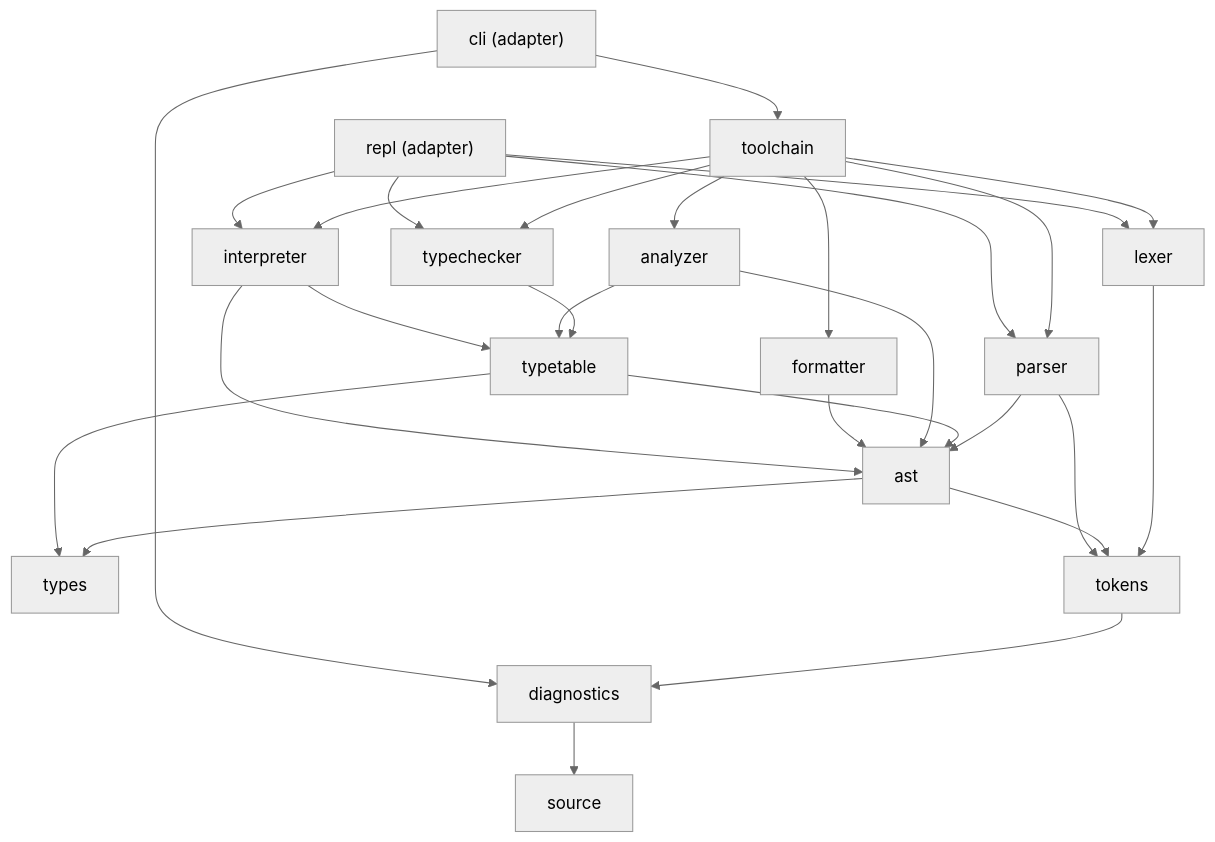
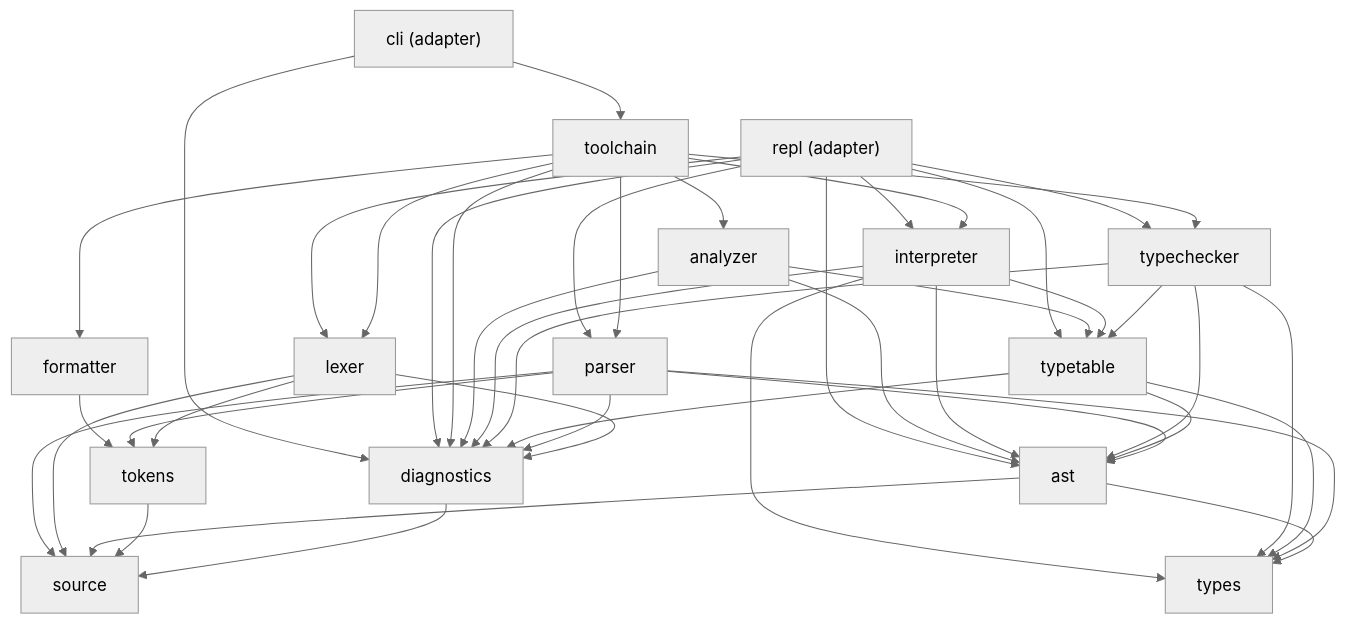
Before and after one commit to GarroteSantiago/printscript: the first of 3 diagrams in docs/architecture.md, drawn with Mermaid (neutral theme). The commit also changed other lines of this file and 149 other files, not shown here.

First line of the commit message:
feat!: module boundaries, pure AST, token-only formatter, automatic releases (#2)

````diff
--- a/docs/architecture.md
+++ b/docs/architecture.md
@@ -50,30 +55,46 @@
 ```mermaid
 graph TD
     cli["cli (adapter)"] --> toolchain
     cli --> diagnostics
-    repl["repl (adapter)"] --> lexer
+    repl --> lexer
     repl --> parser
     repl --> typechecker
+    repl --> typetable
     repl --> interpreter
+    repl["repl (adapter)"] --> ast
+    repl --> diagnostics
+    toolchain --> diagnostics
+    toolchain --> parser
+    toolchain --> typechecker
+    toolchain --> interpreter
     toolchain --> formatter
     toolchain --> analyzer
-    toolchain --> interpreter
     toolchain --> lexer
-    toolchain --> parser
-    toolchain --> typechecker
+    formatter --> tokens
+    analyzer --> diagnostics
+    analyzer --> ast
+    analyzer --> typetable
+    interpreter --> diagnostics
     interpreter --> ast
     interpreter --> typetable
-    formatter --> ast
-    analyzer --> ast
-    analyzer --> typetable
+    interpreter --> types
+    typechecker --> diagnostics
+    typechecker --> ast
     typechecker --> typetable
+    typechecker --> types
+    typetable --> diagnostics
     typetable --> ast
     typetable --> types
+    parser --> diagnostics
+    parser --> source
+    parser --> types
     parser --> ast
     parser --> tokens
-    ast --> tokens
+    lexer --> diagnostics
+    lexer --> source
+    lexer --> tokens
+    ast --> source
     ast --> types
-    lexer --> tokens
-    tokens --> diagnostics
+    tokens --> source
     diagnostics --> source
 ```
````
